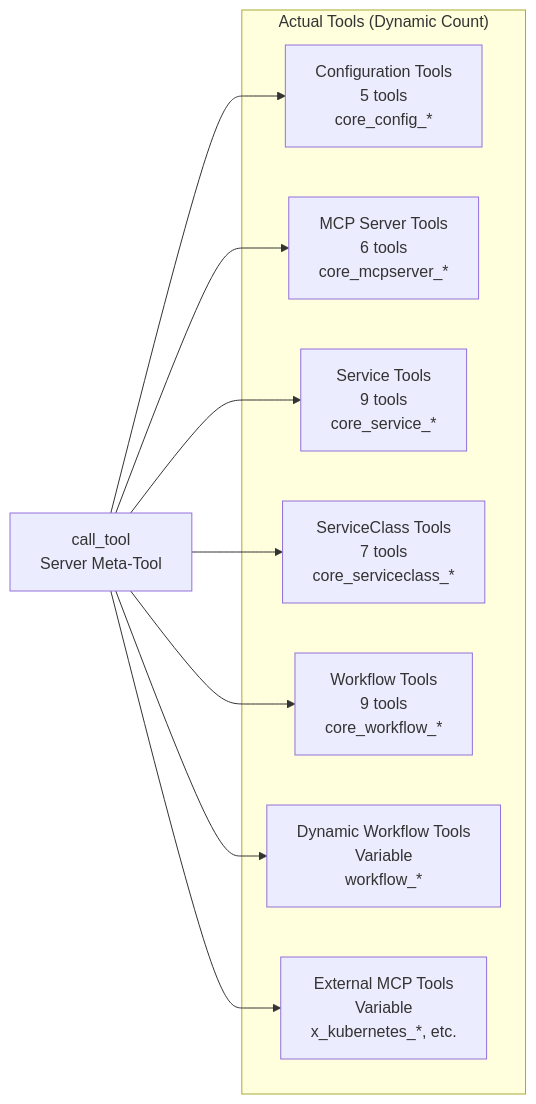
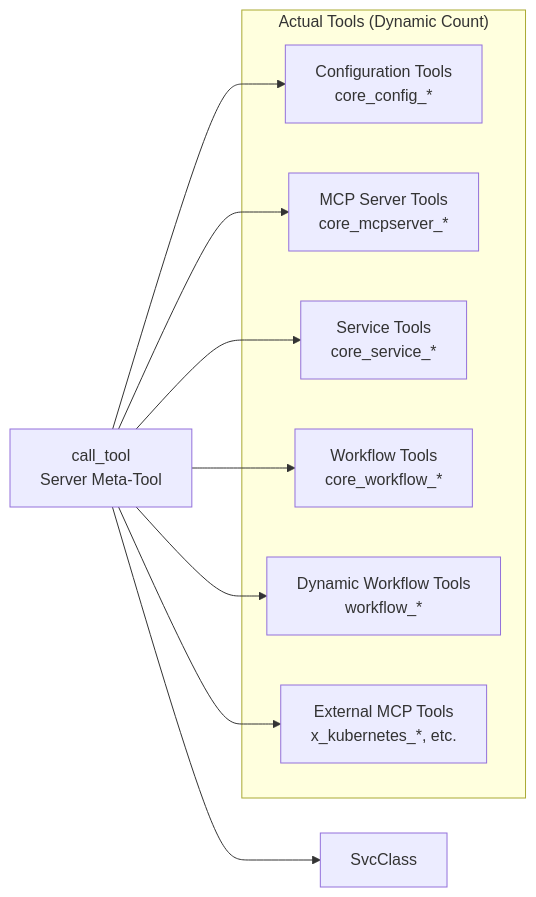
One commit to giantswarm/muster changed the fourth of 5 diagrams in docs/explanation/architecture.md. Above: the diagram before and after it, drawn with Mermaid. The commit also changed other lines of this file and 14 other files, not shown here.

````diff
--- a/docs/explanation/architecture.md
+++ b/docs/explanation/architecture.md
@@ -173,20 +173,19 @@
 ```mermaid
 graph LR
     subgraph "Actual Tools (Dynamic Count)"
-        Config[Configuration Tools<br/>5 tools<br/>core_config_*]
-        MCPServ[MCP Server Tools<br/>6 tools<br/>core_mcpserver_*]
-        Service[Service Tools<br/>9 tools<br/>core_service_*]
-        SvcClass[ServiceClass Tools<br/>7 tools<br/>core_serviceclass_*]
-        WorkFlow[Workflow Tools<br/>9 tools<br/>core_workflow_*]
-        Dynamic[Dynamic Workflow Tools<br/>Variable<br/>workflow_*]
-        External[External MCP Tools<br/>Variable<br/>x_kubernetes_*, etc.]
+        Config[Configuration Tools<br/>core_config_*]
+        MCPServ[MCP Server Tools<br/>core_mcpserver_*]
+        Service[Service Tools<br/>core_service_*]
+        WorkFlow[Workflow Tools<br/>core_workflow_*]
+        Dynamic[Dynamic Workflow Tools<br/>workflow_*]
+        External[External MCP Tools<br/>x_kubernetes_*, etc.]
     end
 
     CallTool[call_tool<br/>Server Meta-Tool] --> Config
     CallTool --> MCPServ
     CallTool --> Service
     CallTool --> SvcClass
     CallTool --> WorkFlow
     CallTool --> Dynamic
     CallTool --> External
 ```
````
